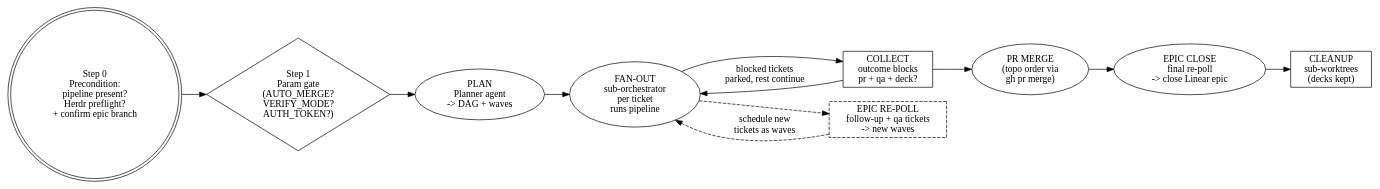
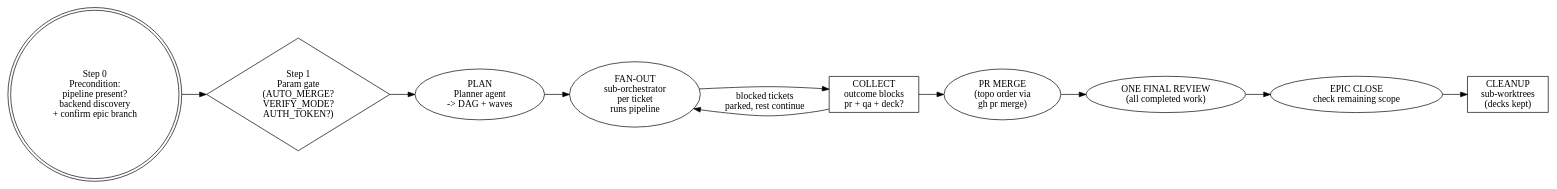
The diagram in skills/dark-factory/SKILL.md (jparr721/jp-skills), drawn with Graphviz before and after one commit. The commit also changed other lines of this file and 57 other files, not shown here.

````diff
--- a/skills/dark-factory/SKILL.md
+++ b/skills/dark-factory/SKILL.md
@@ -93,19 +104,17 @@
 ```dot
 digraph dark_factory {
   rankdir=LR;
-  intake   [label="Step 0\nPrecondition:\npipeline present?\nHerdr preflight?\n+ confirm epic branch" shape=doublecircle];
+  intake   [label="Step 0\nPrecondition:\npipeline present?\nbackend discovery\n+ confirm epic branch" shape=doublecircle];
   gate     [label="Step 1\nParam gate\n(AUTO_MERGE?\nVERIFY_MODE?\nAUTH_TOKEN?)" shape=diamond];
   plan     [label="PLAN\nPlanner agent\n-> DAG + waves"];
   fanout   [label="FAN-OUT\nsub-orchestrator\nper ticket\nruns pipeline"];
   collect  [label="COLLECT\noutcome blocks\npr + qa + deck?" shape=box];
   merge    [label="PR MERGE\n(topo order via\ngh pr merge)"];
-  close    [label="EPIC CLOSE\nfinal re-poll\n-> close Linear epic"];
+  review   [label="ONE FINAL REVIEW\n(all completed work)"];
+  close    [label="EPIC CLOSE\ncheck remaining scope"];
   cleanup  [label="CLEANUP\nsub-worktrees\n(decks kept)" shape=box];
-  backfill [label="EPIC RE-POLL\nfollow-up + qa tickets\n-> new waves" shape=box style=dashed];
 
-  intake -> gate -> plan -> fanout -> collect -> merge -> close -> cleanup;
+  intake -> gate -> plan -> fanout -> collect -> merge -> review -> close -> cleanup;
   collect -> fanout [label="blocked tickets\nparked, rest continue"];
-  fanout -> backfill [style=dashed];
-  backfill -> fanout [label="schedule new\ntickets as waves" style=dashed];
 }
 ```
````
